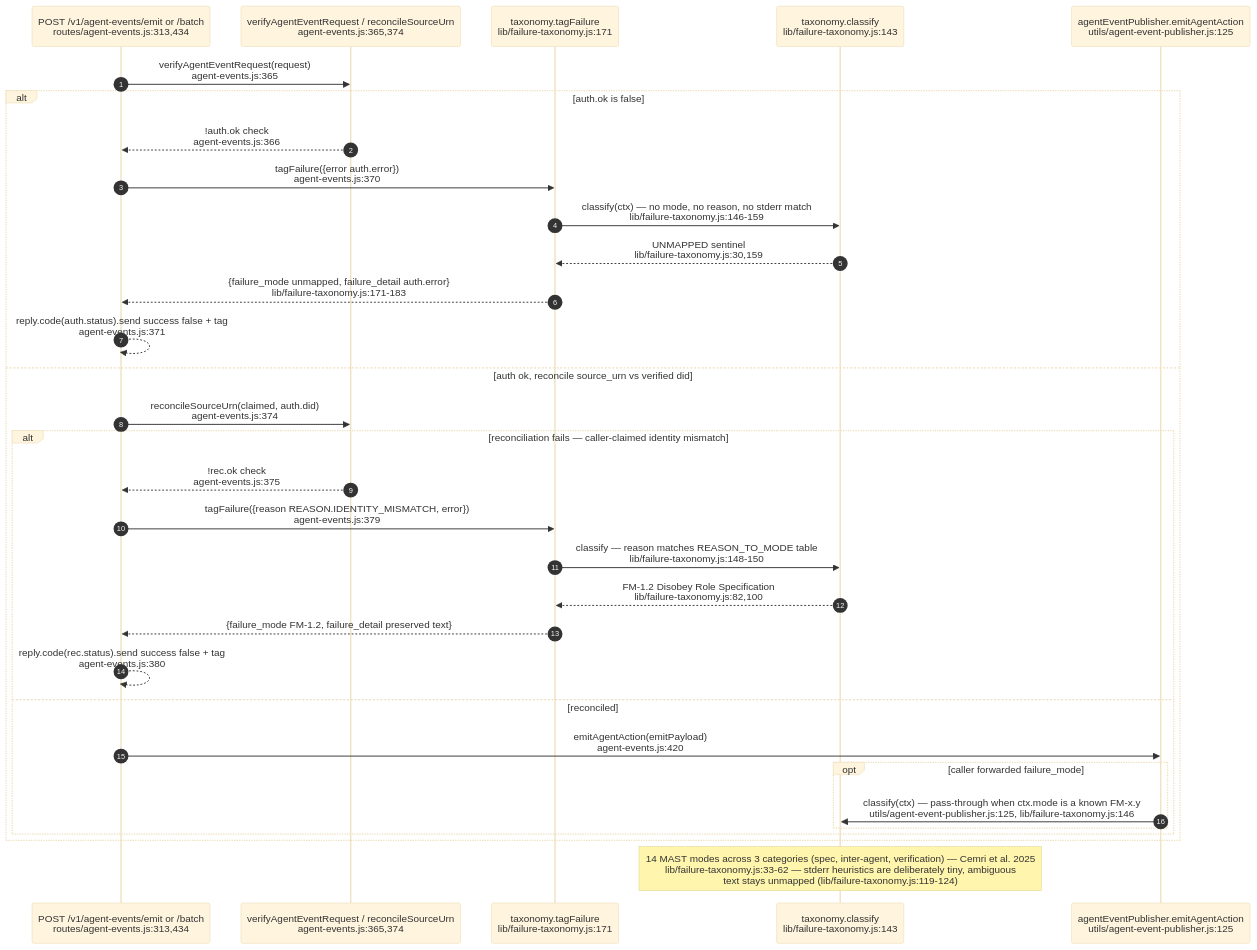
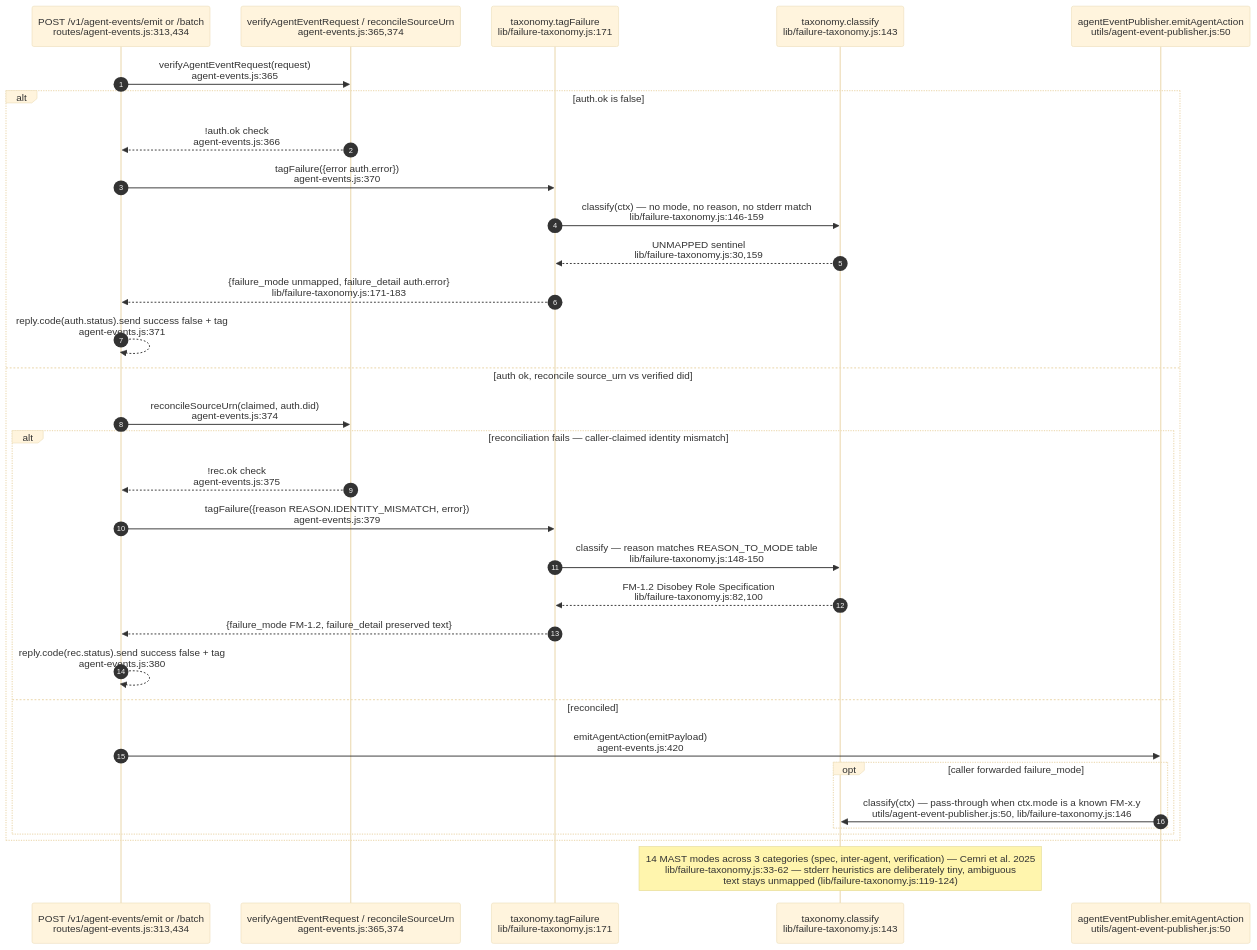
Diagram 13 of 17 in docs/diagrams/agentbox/03-management-api-request-lifecycle.md (DreamLab-AI/VisionFlow), drawn with Mermaid (base theme) before and after one commit. The commit also changed other lines of this file and 51 other files, not shown here.

First line of the commit message:
docs(diagrams): agentbox AB-01..13 re-attested anchor by anchor (980 anchors, 22 defects); checkpoint against an out-of-mesh writer

````diff
--- a/docs/diagrams/agentbox/03-management-api-request-lifecycle.md
+++ b/docs/diagrams/agentbox/03-management-api-request-lifecycle.md
@@ -495,35 +495,35 @@
 ```mermaid
 sequenceDiagram
     autonumber
     participant R as POST /v1/agent-events/emit or /batch<br/>routes/agent-events.js:313,434
     participant V as verifyAgentEventRequest / reconcileSourceUrn<br/>agent-events.js:365,374
     participant T as taxonomy.tagFailure<br/>lib/failure-taxonomy.js:171
     participant C as taxonomy.classify<br/>lib/failure-taxonomy.js:143
-    participant Pub as agentEventPublisher.emitAgentAction<br/>utils/agent-event-publisher.js:125
+    participant Pub as agentEventPublisher.emitAgentAction<br/>utils/agent-event-publisher.js:50
 
     R->>V: verifyAgentEventRequest(request)<br/>agent-events.js:365
     alt auth.ok is false
         V-->>R: !auth.ok check<br/>agent-events.js:366
         R->>T: tagFailure({error auth.error})<br/>agent-events.js:370
         T->>C: classify(ctx) — no mode, no reason, no stderr match<br/>lib/failure-taxonomy.js:146-159
         C-->>T: UNMAPPED sentinel<br/>lib/failure-taxonomy.js:30,159
         T-->>R: {failure_mode unmapped, failure_detail auth.error}<br/>lib/failure-taxonomy.js:171-183
         R-->>R: reply.code(auth.status).send success false + tag<br/>agent-events.js:371
     else auth ok, reconcile source_urn vs verified did
         R->>V: reconcileSourceUrn(claimed, auth.did)<br/>agent-events.js:374
         alt reconciliation fails — caller-claimed identity mismatch
             V-->>R: !rec.ok check<br/>agent-events.js:375
             R->>T: tagFailure({reason REASON.IDENTITY_MISMATCH, error})<br/>agent-events.js:379
             T->>C: classify — reason matches REASON_TO_MODE table<br/>lib/failure-taxonomy.js:148-150
             C-->>T: FM-1.2 Disobey Role Specification<br/>lib/failure-taxonomy.js:82,100
             T-->>R: {failure_mode FM-1.2, failure_detail preserved text}
             R-->>R: reply.code(rec.status).send success false + tag<br/>agent-events.js:380
         else reconciled
             R->>Pub: emitAgentAction(emitPayload)<br/>agent-events.js:420
             opt caller forwarded failure_mode
-                Pub->>C: classify(ctx) — pass-through when ctx.mode is a known FM-x.y<br/>utils/agent-event-publisher.js:125, lib/failure-taxonomy.js:146
+                Pub->>C: classify(ctx) — pass-through when ctx.mode is a known FM-x.y<br/>utils/agent-event-publisher.js:50, lib/failure-taxonomy.js:146
             end
         end
     end
     Note over C: 14 MAST modes across 3 categories (spec, inter-agent, verification) — Cemri et al. 2025<br/>lib/failure-taxonomy.js:33-62 — stderr heuristics are deliberately tiny, ambiguous<br/>text stays unmapped (lib/failure-taxonomy.js:119-124)
 ```
````
